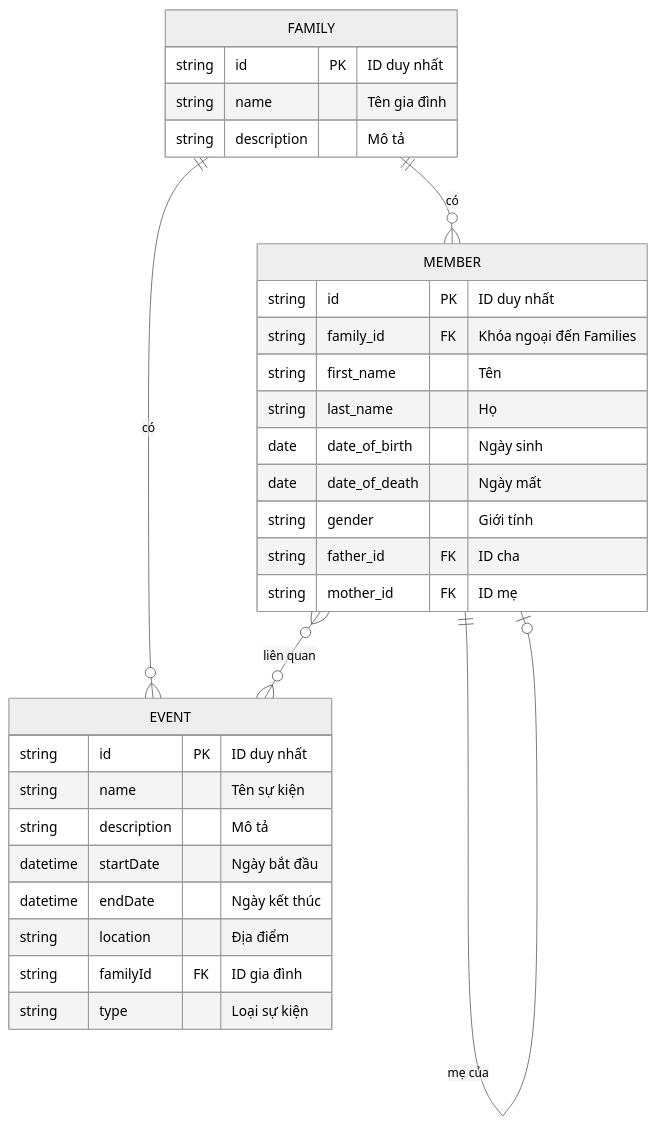
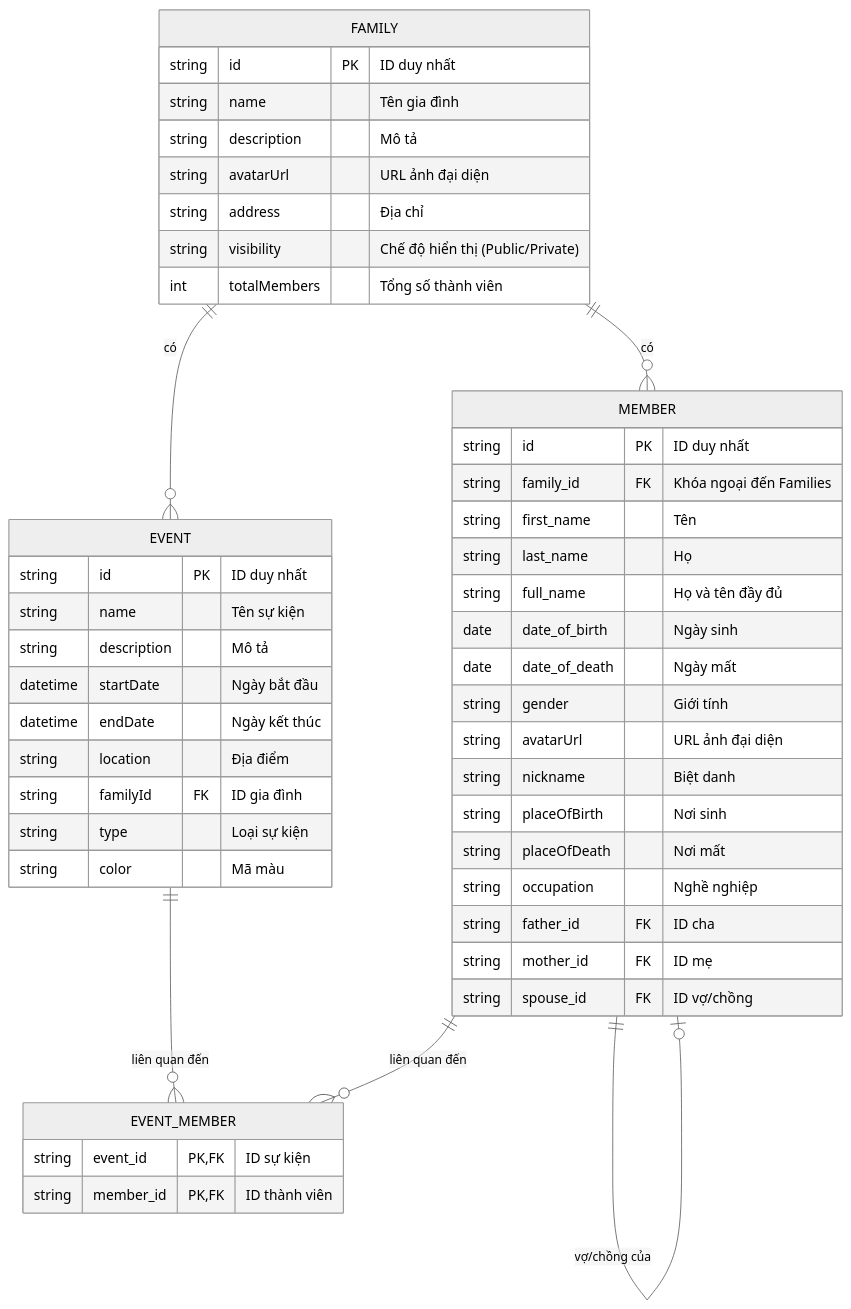
Before and after one commit to hkthao/family-tree-3: the diagram in docs/engineering/data-model.md, drawn with Mermaid (neutral theme). The commit also changed other lines of this file and 15 other files, not shown here.

````diff
--- a/docs/engineering/data-model.md
+++ b/docs/engineering/data-model.md
@@ -25,37 +25,56 @@
 ```mermaid
 erDiagram
     FAMILY {
         string id PK "ID duy nhất"
         string name "Tên gia đình"
         string description "Mô tả"
+        string avatarUrl "URL ảnh đại diện"
+        string address "Địa chỉ"
+        string visibility "Chế độ hiển thị (Public/Private)"
+        int totalMembers "Tổng số thành viên"
     }
 
     MEMBER {
         string id PK "ID duy nhất"
         string family_id FK "Khóa ngoại đến Families"
         string first_name "Tên"
         string last_name "Họ"
+        string full_name "Họ và tên đầy đủ"
         date date_of_birth "Ngày sinh"
         date date_of_death "Ngày mất"
         string gender "Giới tính"
+        string avatarUrl "URL ảnh đại diện"
+        string nickname "Biệt danh"
+        string placeOfBirth "Nơi sinh"
+        string placeOfDeath "Nơi mất"
+        string occupation "Nghề nghiệp"
         string father_id FK "ID cha"
         string mother_id FK "ID mẹ"
+        string spouse_id FK "ID vợ/chồng"
     }
 
     EVENT {
         string id PK "ID duy nhất"
         string name "Tên sự kiện"
         string description "Mô tả"
         datetime startDate "Ngày bắt đầu"
         datetime endDate "Ngày kết thúc"
         string location "Địa điểm"
         string familyId FK "ID gia đình"
         string type "Loại sự kiện"
+        string color "Mã màu"
+    }
+
+    EVENT_MEMBER {
+        string event_id PK,FK "ID sự kiện"
+        string member_id PK,FK "ID thành viên"
     }
 
     FAMILY ||--o{ MEMBER : "có"
     MEMBER ||--o| MEMBER : "cha của"
     MEMBER ||--o| MEMBER : "mẹ của"
+    MEMBER ||--o| MEMBER : "vợ/chồng của"
     FAMILY ||--o{ EVENT : "có"
-    MEMBER }o--o{ EVENT : "liên quan"
+    EVENT ||--o{ EVENT_MEMBER : "liên quan đến"
+    MEMBER ||--o{ EVENT_MEMBER : "liên quan đến"
 ```
````
